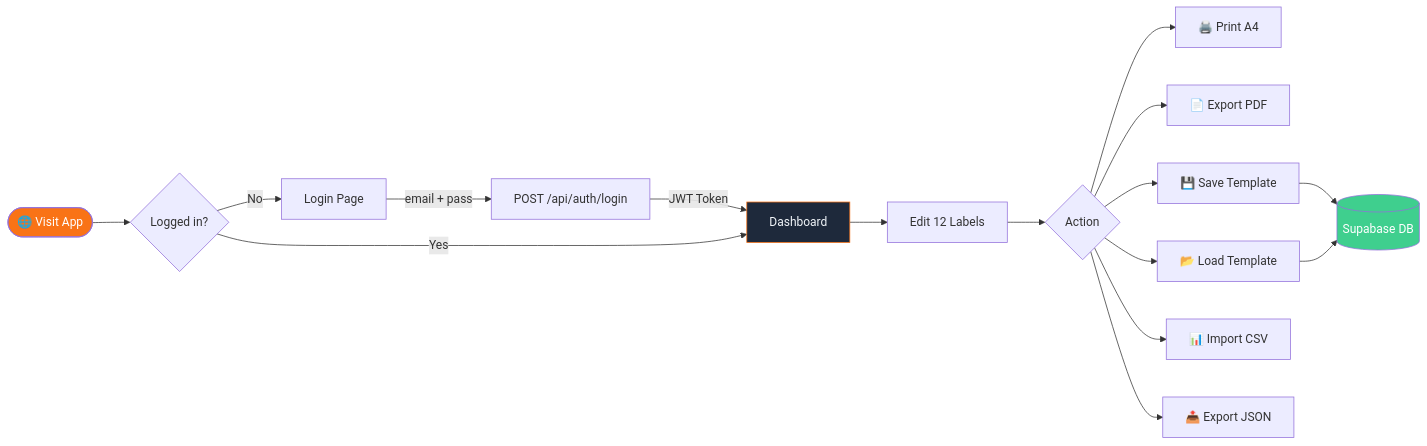
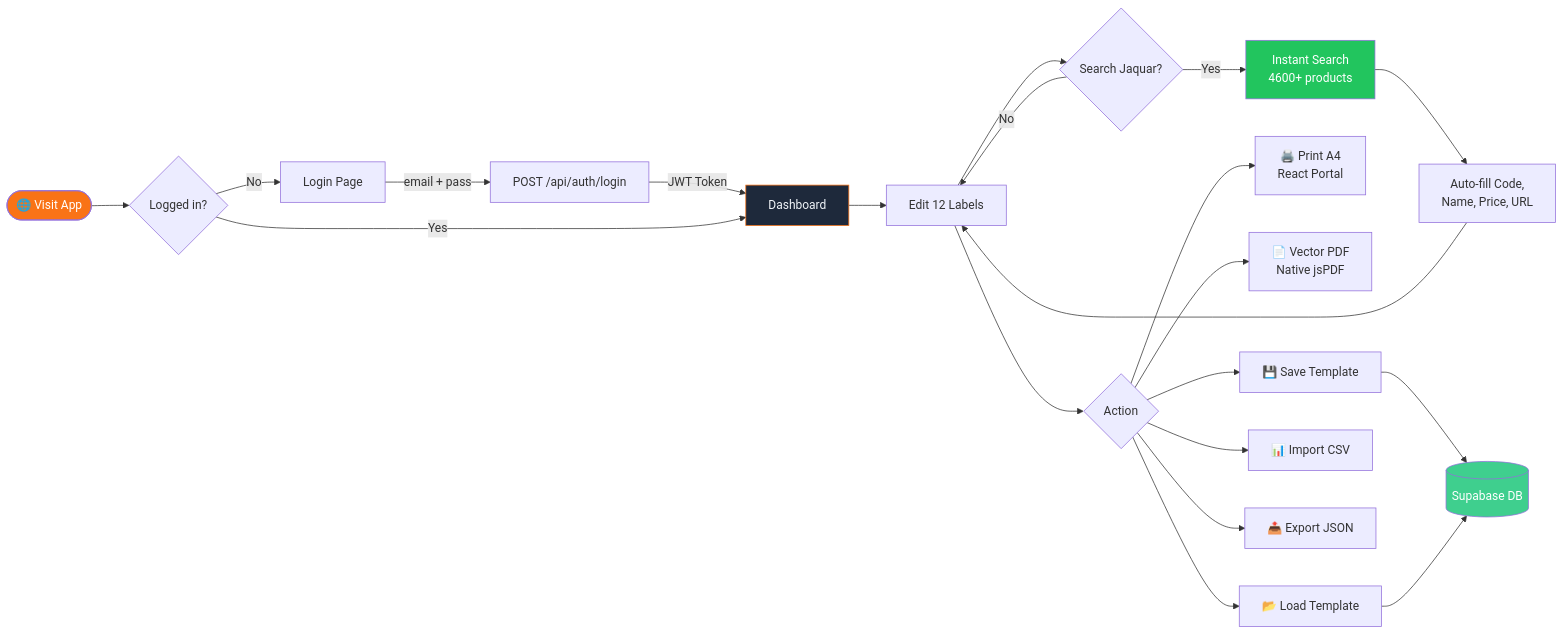
Before and after one commit to NICK-FURY-6023/SAGLPS: the second of 7 diagrams in README.md, drawn with Mermaid. The commit also changed other lines of this file and 31 other files, not shown here.

````diff
--- a/README.md
+++ b/README.md
@@ -88,22 +150,28 @@
 ```mermaid
 flowchart LR
     A([🌐 Visit App]) --> B{Logged in?}
     B -->|No| C[Login Page]
     C -->|email + pass| D[POST /api/auth/login]
     D -->|JWT Token| E[Dashboard]
     B -->|Yes| E
     E --> F[Edit 12 Labels]
+    F --> S{Search Jaquar?}
+    S -->|Yes| T[Instant Search<br/>4600+ products]
+    T --> U[Auto-fill Code,<br/>Name, Price, URL]
+    U --> F
+    S -->|No| F
     F --> G{Action}
-    G --> H[🖨️ Print A4]
-    G --> I[📄 Export PDF]
+    G --> H[🖨️ Print A4<br/>React Portal]
+    G --> I[📄 Vector PDF<br/>Native jsPDF]
     G --> J[💾 Save Template]
     G --> K[📂 Load Template]
     G --> L[📊 Import CSV]
     G --> M[📤 Export JSON]
     J --> N[(Supabase DB)]
     K --> N
 
     style A fill:#f97316,color:white
     style E fill:#1e293b,color:#f1f5f9,stroke:#f97316
+    style T fill:#22c55e,color:white
     style N fill:#3FCF8E,color:white
 ```
````
